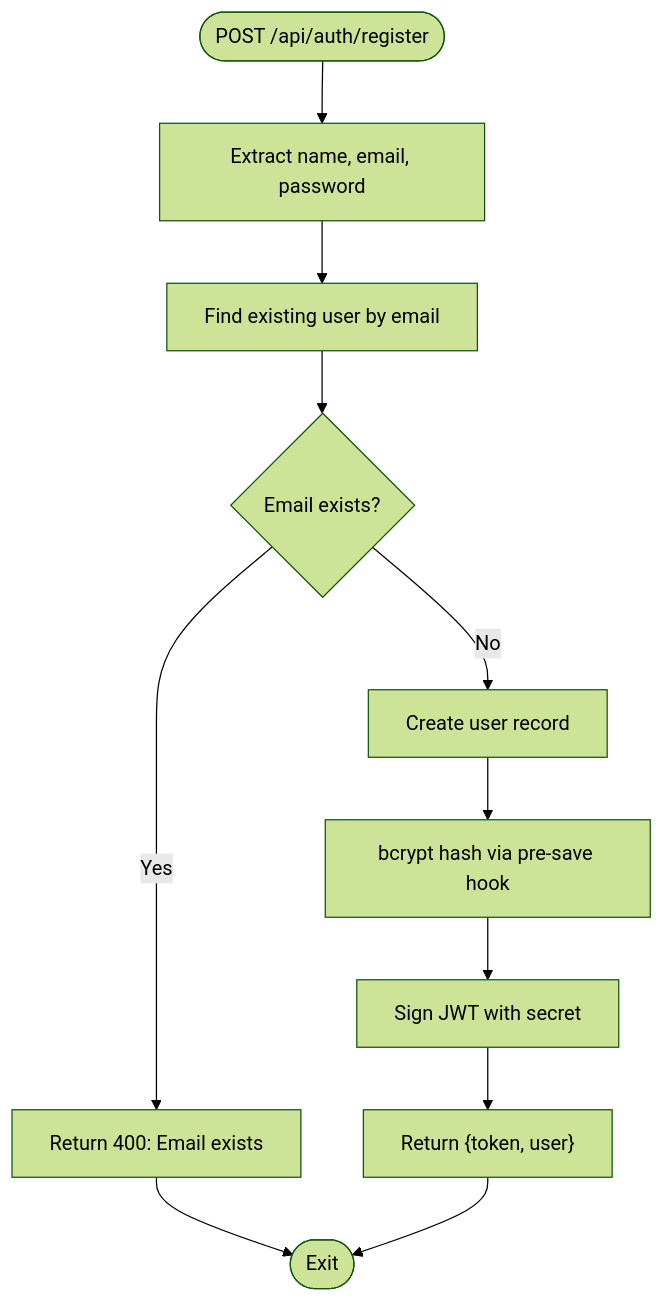
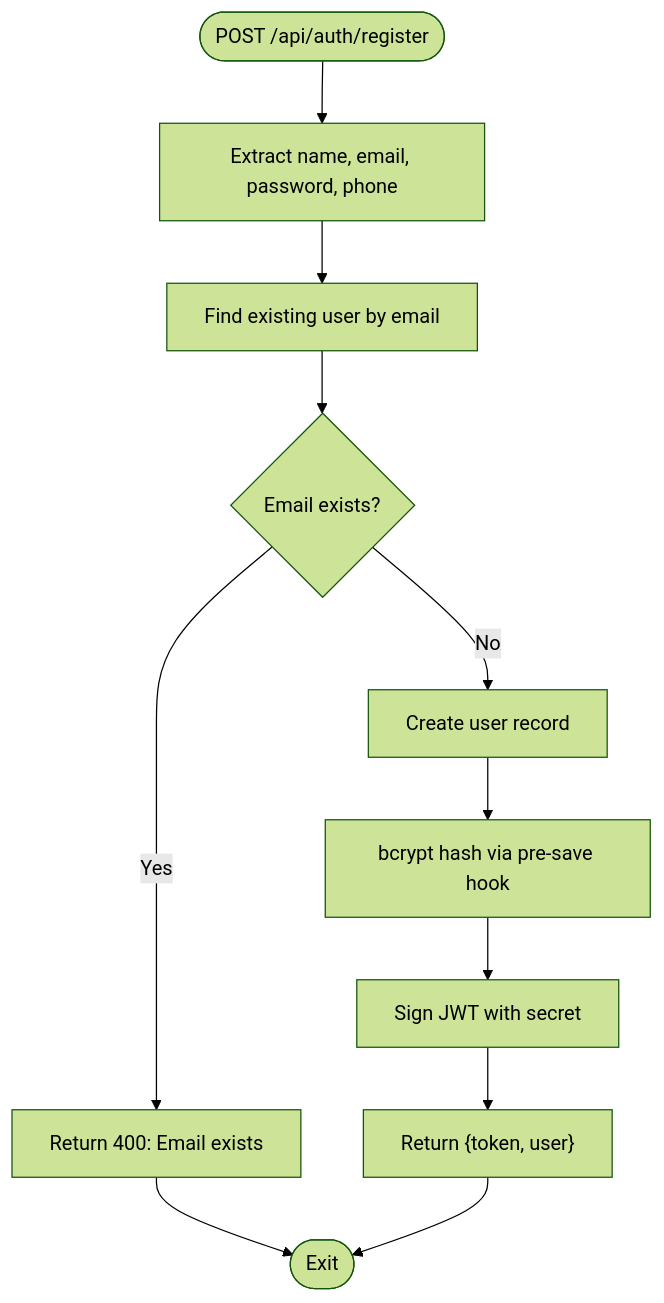
One commit to Pavan-PSPK9032/TrendsandToss changed the third of 10 diagrams in .qoder/repowiki/en/content/Authentication & Authorization/Login & Registration Process.md. Above: the diagram before and after it, drawn with Mermaid (forest theme). The commit also changed other lines of this file and 16 other files, not shown here.

````diff
--- a/.qoder/repowiki/en/content/Authentication & Authorization/Login & Registration Process.md
+++ b/.qoder/repowiki/en/content/Authentication & Authorization/Login & Registration Process.md
@@ -157,13 +182,13 @@
 ```mermaid
 flowchart TD
-Start(["POST /api/auth/register"]) --> Extract["Extract name, email, password"]
+Start(["POST /api/auth/register"]) --> Extract["Extract name, email, password, phone"]
 Extract --> CheckDup["Find existing user by email"]
 CheckDup --> Exists{"Email exists?"}
 Exists --> |Yes| ErrDup["Return 400: Email exists"]
 Exists --> |No| CreateUser["Create user record"]
 CreateUser --> Hash["bcrypt hash via pre-save hook"]
 Hash --> Sign["Sign JWT with secret"]
 Sign --> Respond["Return {token, user}"]
 ErrDup --> End(["Exit"])
 Respond --> End
 ```
````
